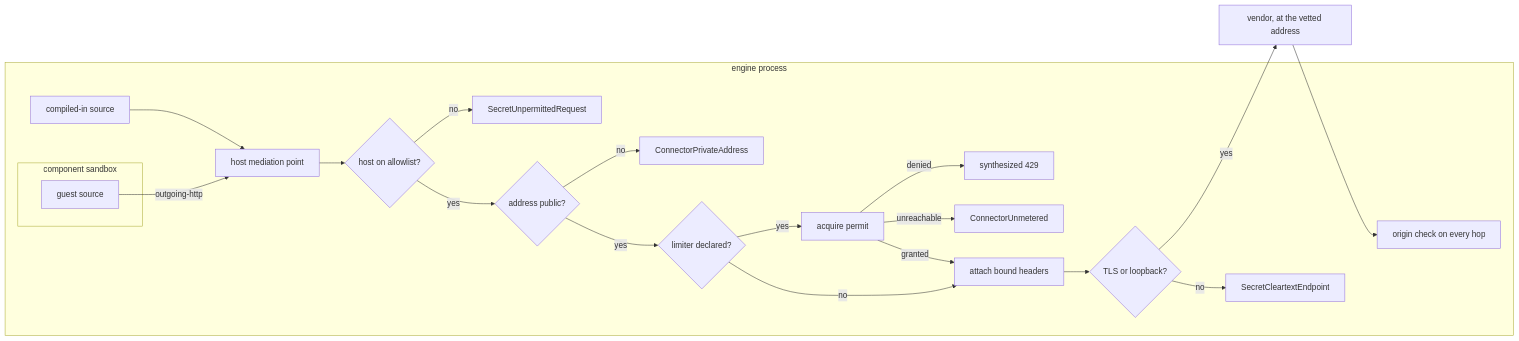
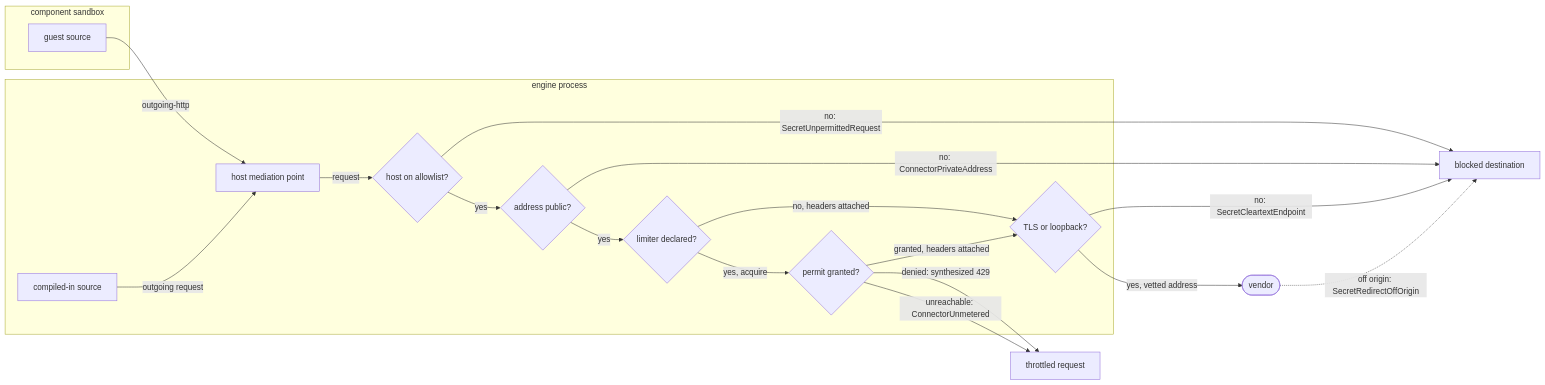
One commit to fractalboxdev/contextful changed the fifth of 5 diagrams in spec/40-connector.md. Above: the diagram before and after it, drawn with Mermaid. The commit also changed other lines of this file and 44 other files, not shown here.

First line of the commit message:
spec: diagrams draw entities and flows, and the checker enforces it (#12)

````diff
--- a/spec/40-connector.md
+++ b/spec/40-connector.md
@@ -466,39 +468,33 @@
 ```mermaid
 flowchart LR
+  subgraph SANDBOX["component sandbox"]
+    G["guest source"]
+  end
   subgraph ENGINE["engine process"]
-    subgraph SANDBOX["component sandbox"]
-      G["guest source"]
-    end
     N["compiled-in source"]
     M["host mediation point"]
     A{"host on allowlist?"}
-    R1["SecretUnpermittedRequest"]
     D{"address public?"}
-    R0["ConnectorPrivateAddress"]
     L{"limiter declared?"}
-    Q["acquire permit"]
-    R2["synthesized 429"]
-    R3["ConnectorUnmetered"]
-    H["attach bound headers"]
+    Q{"permit granted?"}
     S{"TLS or loopback?"}
-    R4["SecretCleartextEndpoint"]
-    P["origin check on every hop"]
   end
-  V["vendor, at the vetted address"]
-  G -->|outgoing-http| M
-  N --> M
-  M --> A
-  A -->|no| R1
-  A -->|yes| D
-  D -->|no| R0
-  D -->|yes| L
-  L -->|no| H
-  L -->|yes| Q
-  Q -->|denied| R2
-  Q -->|unreachable| R3
-  Q -->|granted| H
-  H --> S
-  S -->|no| R4
-  S -->|yes| V
-  V --> P
+  V(["vendor"])
+  BLOCK["blocked destination"]
+  THROTTLE["throttled request"]
+  G -->|"outgoing-http"| M
+  N -->|"outgoing request"| M
+  M -->|"request"| A
+  A -->|"no: SecretUnpermittedRequest"| BLOCK
+  A -->|"yes"| D
+  D -->|"no: ConnectorPrivateAddress"| BLOCK
+  D -->|"yes"| L
+  L -->|"no, headers attached"| S
+  L -->|"yes, acquire"| Q
+  Q -->|"denied: synthesized 429"| THROTTLE
+  Q -->|"unreachable: ConnectorUnmetered"| THROTTLE
+  Q -->|"granted, headers attached"| S
+  S -->|"no: SecretCleartextEndpoint"| BLOCK
+  S -->|"yes, vetted address"| V
+  V -.->|"off origin: SecretRedirectOffOrigin"| BLOCK
 ```
````
